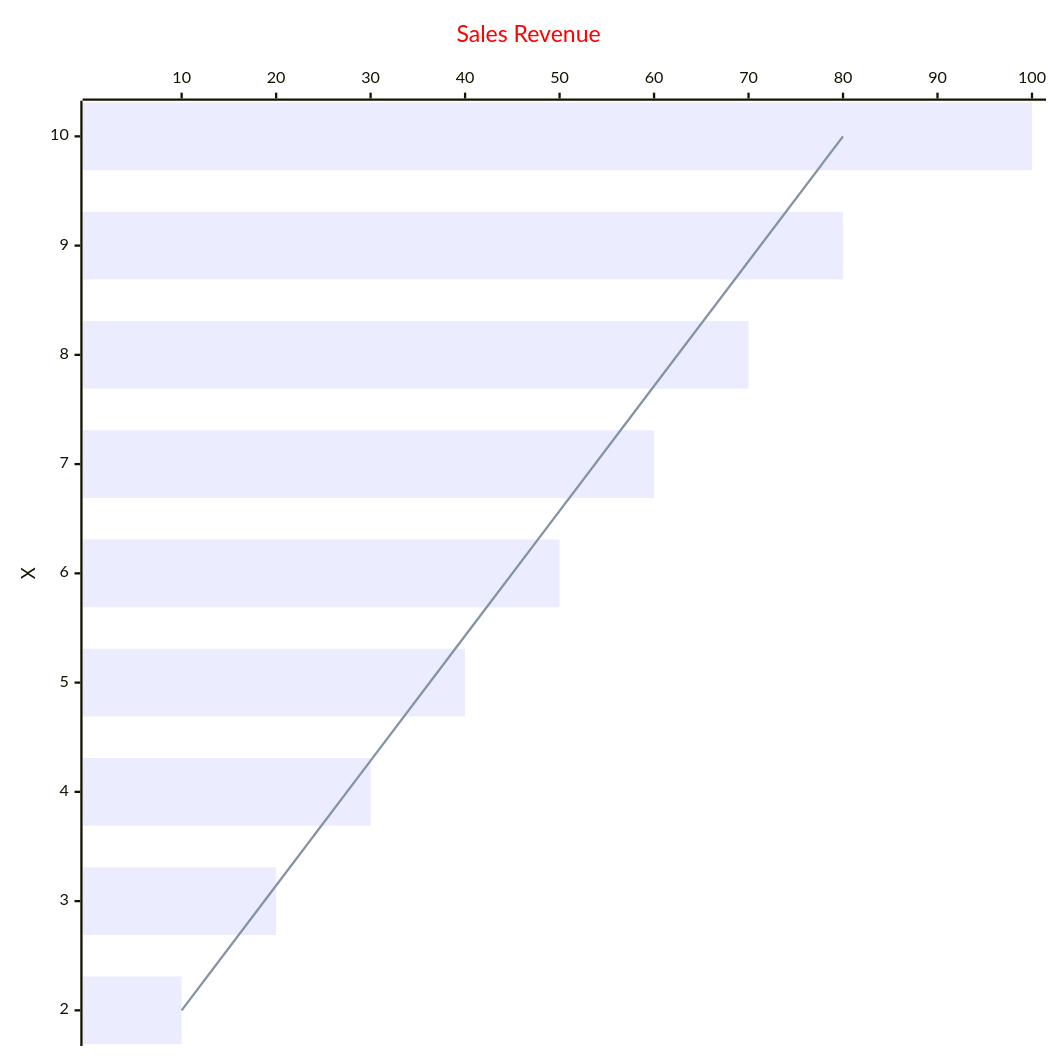
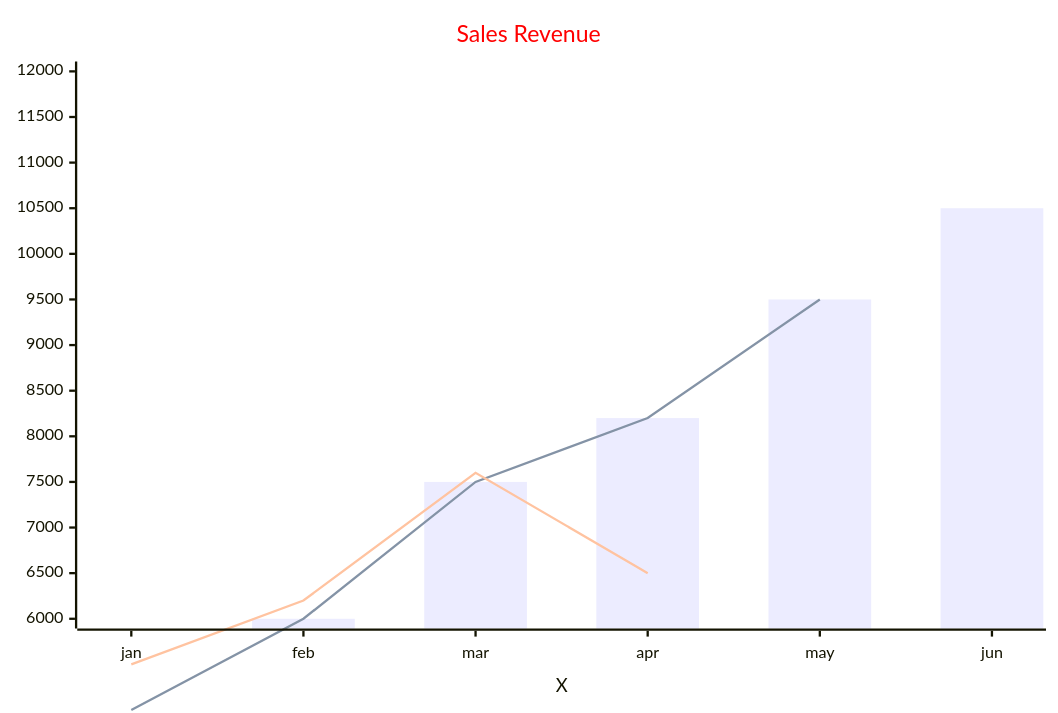
Before and after one commit to Megre/md2visio: the second of 2 diagrams in md2visio/test/xy.md, drawn with Mermaid. The commit also changed 23 other files, not shown here.

````diff
--- a/md2visio/test/xy.md
+++ b/md2visio/test/xy.md
@@ -24,22 +25,23 @@
 ```mermaid
 ---
 config:
     xyChart:
         width: 900
-        height: 900
-        chartOrientation: horizontal
+        height: 600
+        chartOrientation: vertical
         xAxis:
           showLabel: true
         yAxis:
           showTitle: false
     themeVariables:
         xyChart:
             titleColor: "#ff0000"
 ---
 xychart-beta 
     title "Sales Revenue"
-    x-axis X 2-->10
-    y-axis Y 1 --> 100
-    bar  [10, 20, 30,40,50,60,70,80,100]
-    line [10, 20, 30,40,50,60,70,80]
+    x-axis X [jan, feb, mar, apr, may, jun]
+    y-axis Y 6000--> 12000
+    bar  [5000, 6000, 7500, 8200, 9500, 10500, 12000]
+    line [5000, 6000, 7500, 8200, 9500]
+    line [5500, 6200, 7600, 6500]
 ```
````
